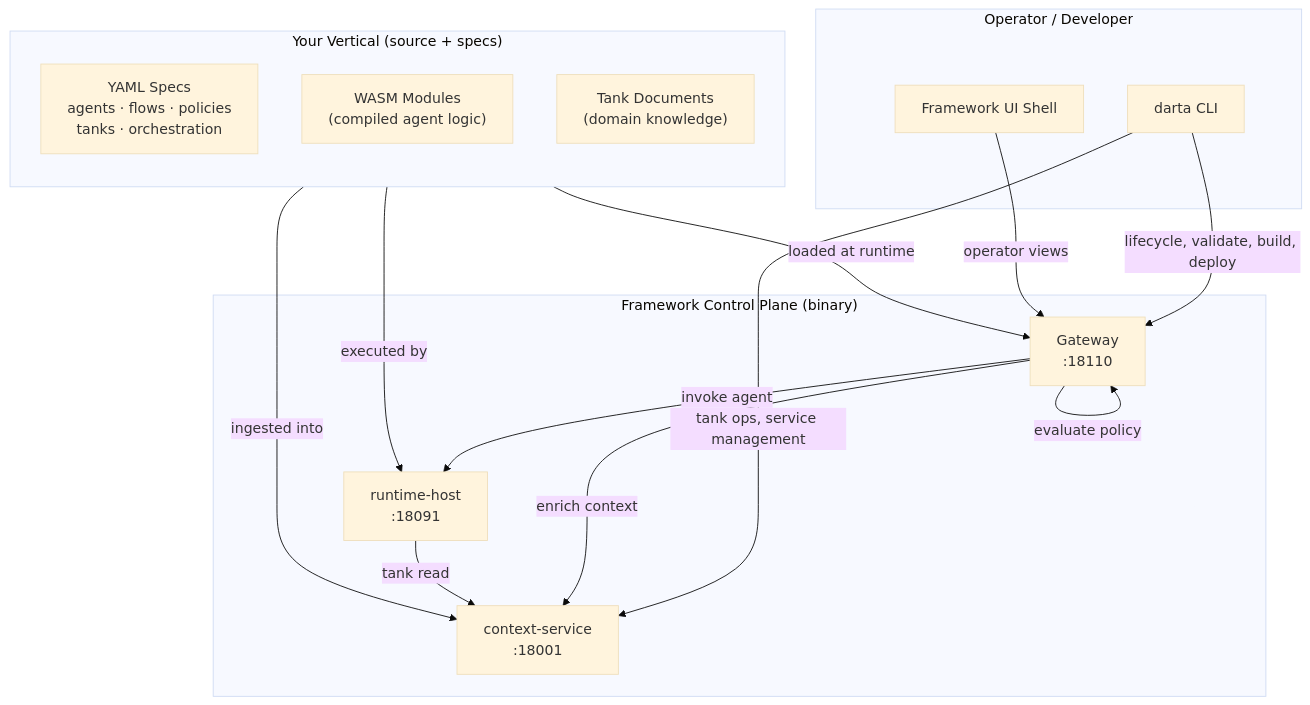
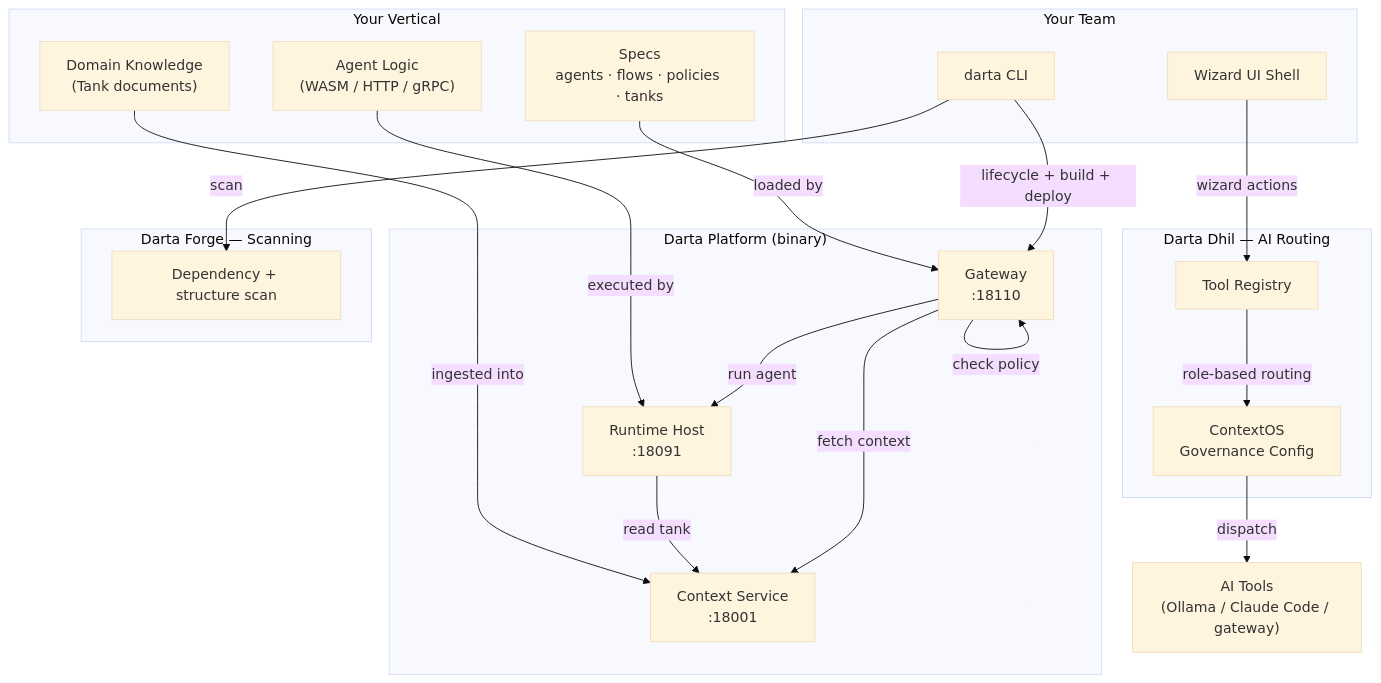
The first of 7 diagrams in docs/architecture.md (hariharasudhand/appdarta-framework), drawn with Mermaid (base theme) before and after one commit. The commit also changed other lines of this file and 2 other files, not shown here.

Commit message:
release: update framework public surface

````diff
--- a/docs/architecture.md
+++ b/docs/architecture.md
@@ -9,33 +9,44 @@
 ```mermaid
 flowchart TB
-    subgraph operator["Operator / Developer"]
+    subgraph you["Your Team"]
         CLI["darta CLI"]
-        UI["Framework UI Shell"]
+        UI["Wizard UI Shell"]
     end
 
-    subgraph framework["Framework Control Plane (binary)"]
-        GW["Gateway\n:18110"]
-        RH["runtime-host\n:18091"]
-        CS["context-service\n:18001"]
+    subgraph dhil["Darta Dhil — AI Routing"]
+        TR["Tool Registry"]
+        COS["ContextOS\nGovernance Config"]
     end
 
-    subgraph vertical["Your Vertical (source + specs)"]
-        direction TB
-        SPECS["YAML Specs\nagents · flows · policies\ntanks · orchestration"]
-        WASM["WASM Modules\n(compiled agent logic)"]
-        DOCS["Tank Documents\n(domain knowledge)"]
+    subgraph platform["Darta Platform (binary)"]
+        GW["Gateway\n:18110"]
+        RH["Runtime Host\n:18091"]
+        CS["Context Service\n:18001"]
     end
 
-    CLI -->|lifecycle, validate, build, deploy| GW
-    CLI -->|tank ops, service management| CS
-    UI -->|operator views| GW
+    subgraph vertical["Your Vertical"]
+        SPECS["Specs\nagents · flows · policies · tanks"]
+        WASM["Agent Logic\n(WASM / HTTP / gRPC)"]
+        DOCS["Domain Knowledge\n(Tank documents)"]
+    end
 
-    GW -->|invoke agent| RH
-    GW -->|evaluate policy| GW
-    GW -->|enrich context| CS
-    RH -->|tank read| CS
+    subgraph forge["Darta Forge — Scanning"]
+        SC["Dependency + structure scan"]
+    end
 
-    SPECS -->|loaded at runtime| GW
+    UI -->|wizard actions| TR
+    CLI -->|lifecycle + build + deploy| GW
+    TR -->|role-based routing| COS
+    COS -->|dispatch| aitools["AI Tools\n(Ollama / Claude Code / gateway)"]
+
+    GW -->|run agent| RH
+    GW -->|check policy| GW
+    GW -->|fetch context| CS
+    RH -->|read tank| CS
+
+    SPECS -->|loaded by| GW
     WASM -->|executed by| RH
     DOCS -->|ingested into| CS
+
+    CLI -->|scan| SC
 ```
````
